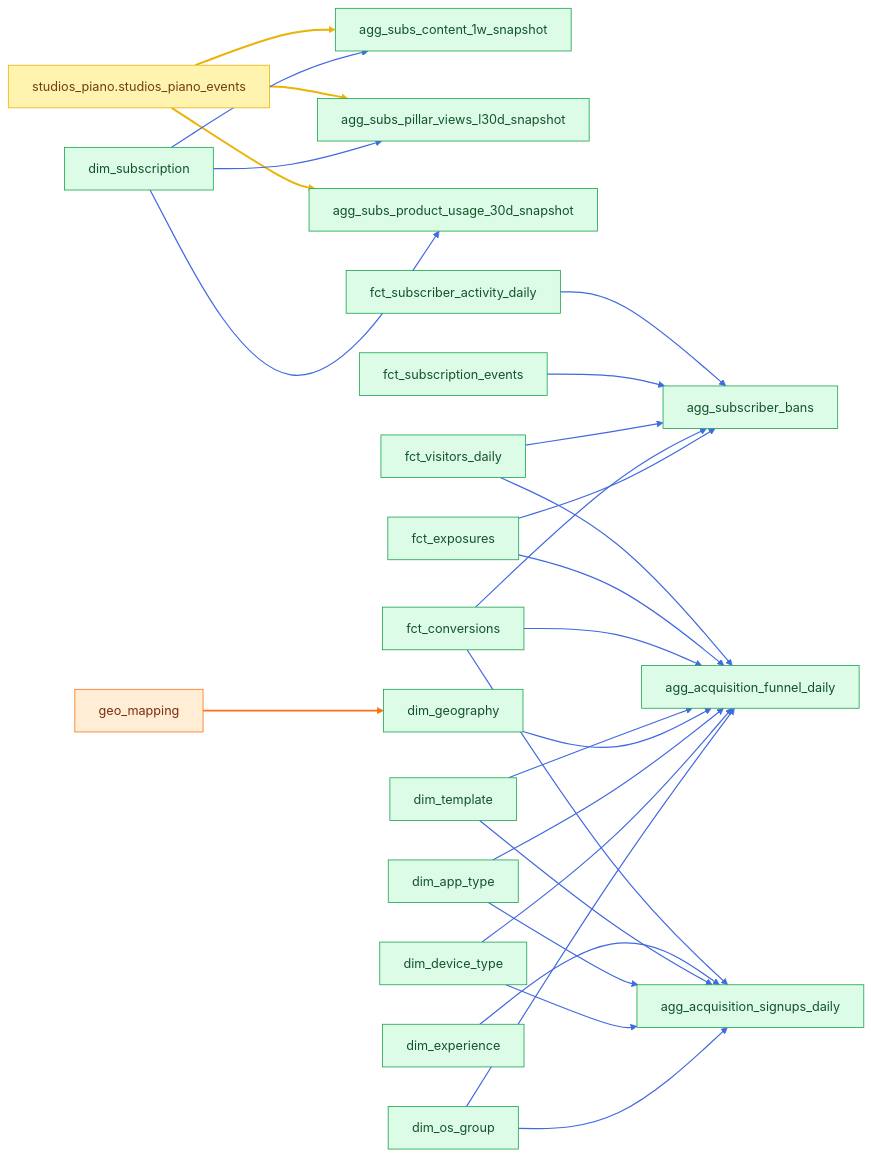
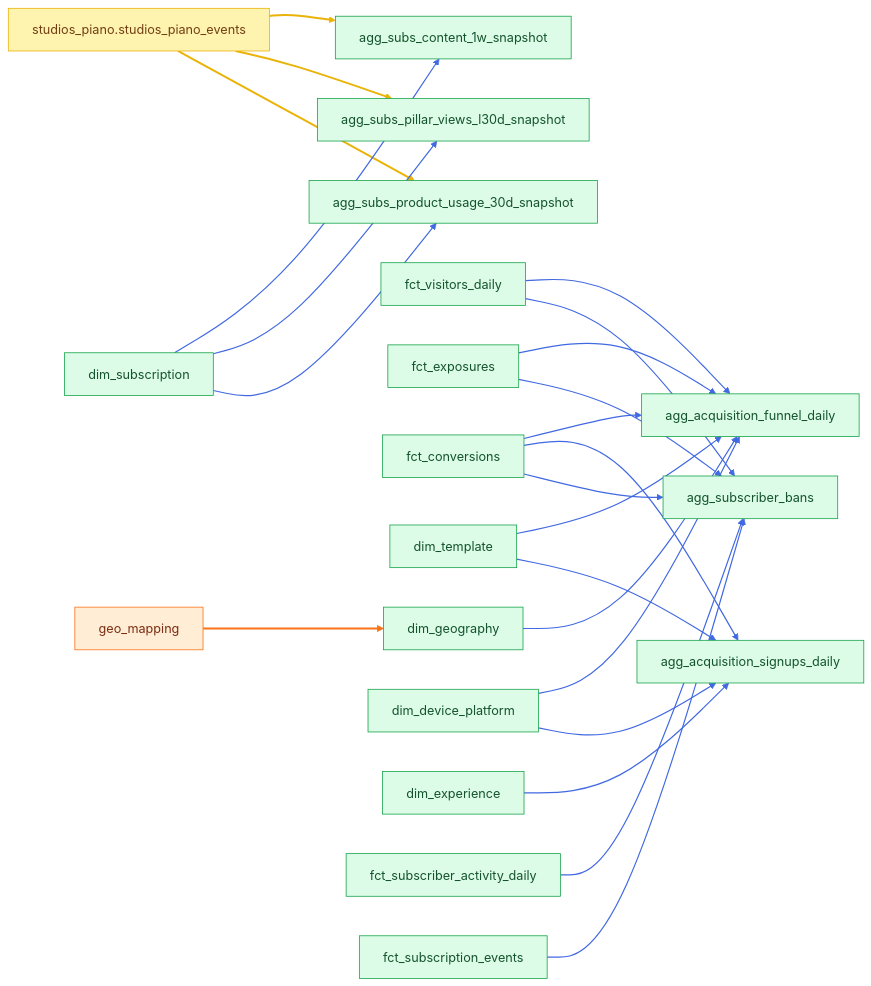
Before and after one commit to angelatanbbc/angela_bbc: the sixth of 7 diagrams in docs/lineage.md, drawn with Mermaid. The commit also changed other lines of this file and 34 other files, not shown here.

````diff
--- a/docs/lineage.md
+++ b/docs/lineage.md
@@ -185,35 +185,31 @@
 ```mermaid
 graph LR
     classDef source fill:#fff3b0,stroke:#eab308,color:#713f12
     classDef seed fill:#ffedd5,stroke:#f97316,color:#7c2d12
     classDef mart fill:#dcfce7,stroke:#16a34a,color:#14532d
     piano["studios_piano.studios_piano_events"]:::source --> content["agg_subs_content_1w_snapshot"]:::mart
     piano --> pillars["agg_subs_pillar_views_l30d_snapshot"]:::mart
     piano --> usage["agg_subs_product_usage_30d_snapshot"]:::mart
     subscription["dim_subscription"]:::mart --> content
     subscription --> pillars
     subscription --> usage
     visitors["fct_visitors_daily"]:::mart --> funnel["agg_acquisition_funnel_daily"]:::mart
     exposures["fct_exposures"]:::mart --> funnel
     conversions["fct_conversions"]:::mart --> funnel
     template["dim_template"]:::mart --> funnel
     geography["dim_geography"]:::mart --> funnel
-    app["dim_app_type"]:::mart --> funnel
-    device["dim_device_type"]:::mart --> funnel
-    os["dim_os_group"]:::mart --> funnel
+    platform["dim_device_platform"]:::mart --> funnel
     conversions --> signups["agg_acquisition_signups_daily"]:::mart
     experience["dim_experience"]:::mart --> signups
     template --> signups
-    app --> signups
-    device --> signups
-    os --> signups
+    platform --> signups
     activity["fct_subscriber_activity_daily"]:::mart --> bans["agg_subscriber_bans"]:::mart
     events["fct_subscription_events"]:::mart --> bans
     visitors --> bans
     conversions --> bans
     exposures --> bans
     geo_seed["geo_mapping"]:::seed --> geography
     linkStyle 0,1,2 stroke:#eab308,stroke-width:2.5px
-    linkStyle 3,4,5,6,7,8,9,10,11,12,13,14,15,16,17,18,19,20,21,22,23,24 stroke:#4169e1,stroke-width:1.5px
-    linkStyle 25 stroke:#f97316,stroke-width:2.5px
+    linkStyle 3,4,5,6,7,8,9,10,11,12,13,14,15,16,17,18,19,20 stroke:#4169e1,stroke-width:1.5px
+    linkStyle 21 stroke:#f97316,stroke-width:2.5px
 ```
````
